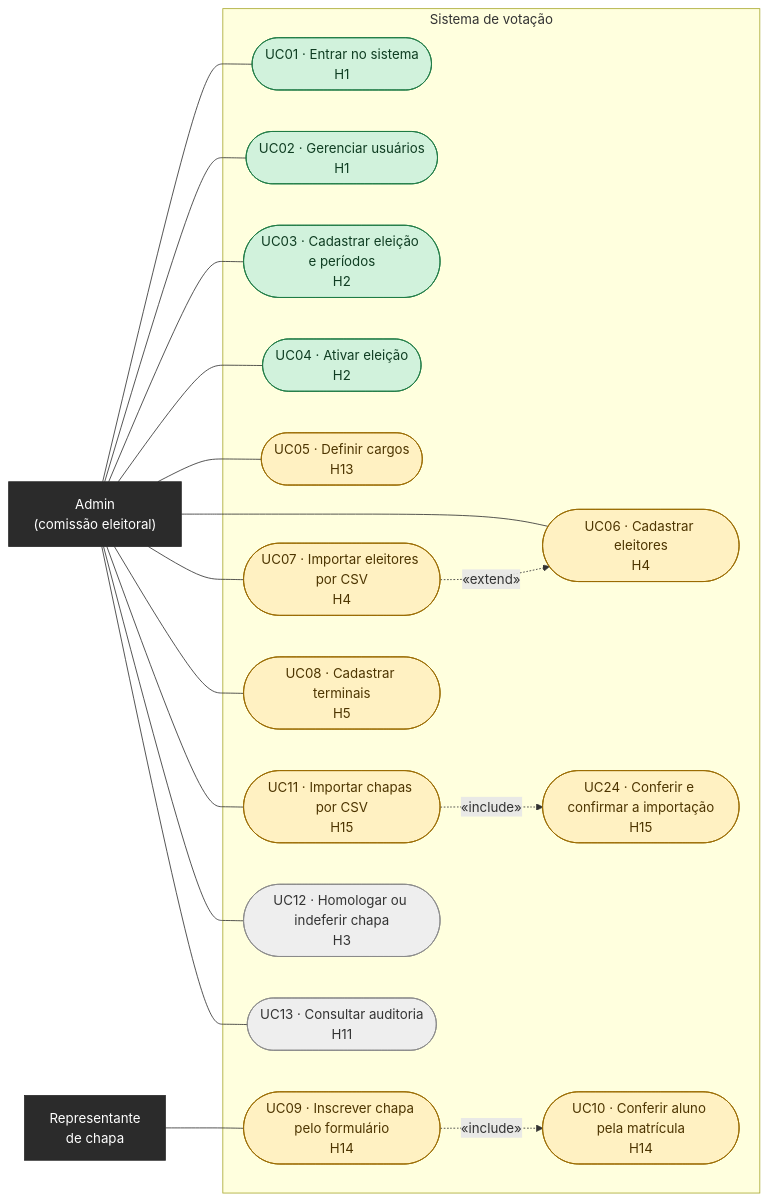
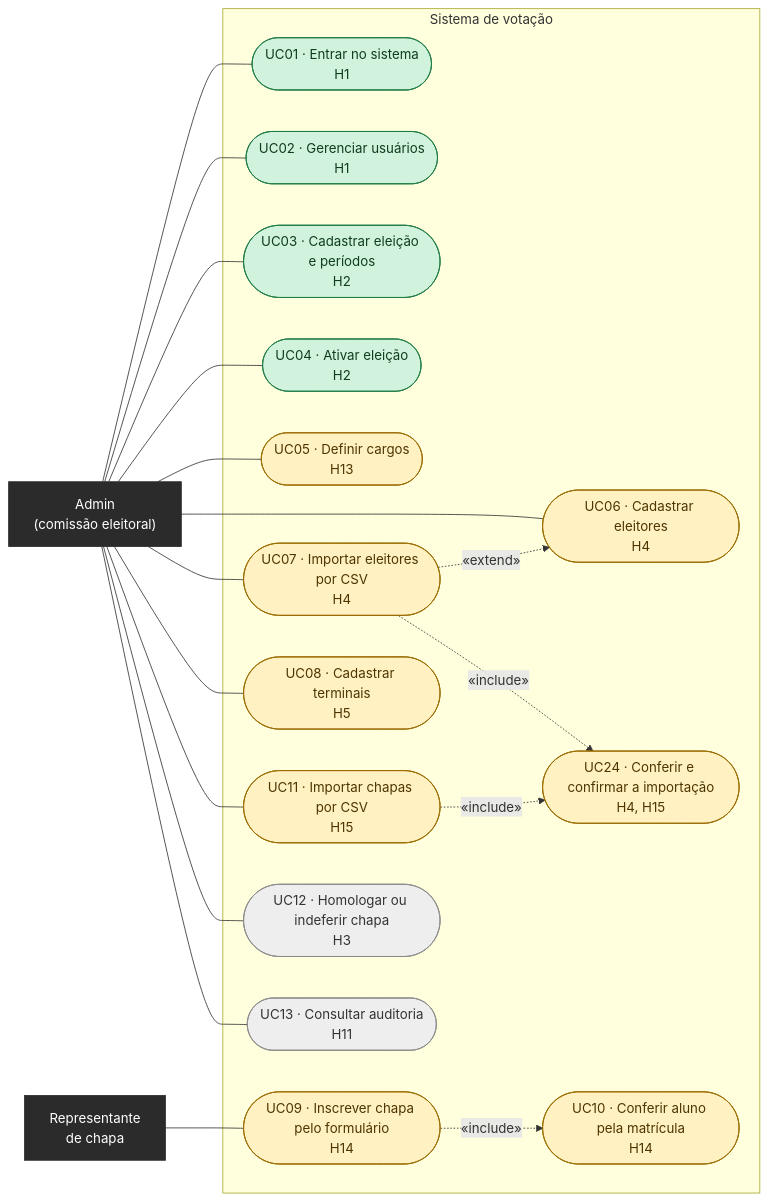
One commit to prof-ronildo-unicatolica/votacao-digitech changed the second of 9 diagrams in docs/DIAGRAMAS.md. Above: the diagram before and after it, drawn with Mermaid. The commit also changed other lines of this file and 28 other files, not shown here.

````diff
--- a/docs/DIAGRAMAS.md
+++ b/docs/DIAGRAMAS.md
@@ -29,47 +29,48 @@
 ```mermaid
 flowchart LR
     ADM["Admin<br/>(comissão eleitoral)"]:::ator
     REP["Representante<br/>de chapa"]:::ator
 
     subgraph SIS["Sistema de votação"]
         UC01(["UC01 · Entrar no sistema<br/>H1"])
         UC02(["UC02 · Gerenciar usuários<br/>H1"])
         UC03(["UC03 · Cadastrar eleição e períodos<br/>H2"])
         UC04(["UC04 · Ativar eleição<br/>H2"])
         UC05(["UC05 · Definir cargos<br/>H13"])
         UC06(["UC06 · Cadastrar eleitores<br/>H4"])
         UC07(["UC07 · Importar eleitores por CSV<br/>H4"])
         UC08(["UC08 · Cadastrar terminais<br/>H5"])
         UC09(["UC09 · Inscrever chapa pelo formulário<br/>H14"])
         UC10(["UC10 · Conferir aluno pela matrícula<br/>H14"])
         UC11(["UC11 · Importar chapas por CSV<br/>H15"])
-        UC24(["UC24 · Conferir e confirmar a importação<br/>H15"])
+        UC24(["UC24 · Conferir e confirmar a importação<br/>H4, H15"])
         UC12(["UC12 · Homologar ou indeferir chapa<br/>H3"])
         UC13(["UC13 · Consultar auditoria<br/>H11"])
     end
 
     ADM --- UC01
     ADM --- UC02
     ADM --- UC03
     ADM --- UC04
     ADM --- UC05
     ADM --- UC06
     ADM --- UC07
     ADM --- UC08
     ADM --- UC11
     ADM --- UC12
     ADM --- UC13
     REP --- UC09
 
     UC07 -. "«extend»" .-> UC06
     UC09 -. "«include»" .-> UC10
     UC11 -. "«include»" .-> UC24
+    UC07 -. "«include»" .-> UC24
 
     class UC01,UC02,UC03,UC04 feito
     class UC05,UC06,UC07,UC08,UC09,UC10,UC11,UC24 revisao
     class UC12,UC13 afazer
     classDef ator fill:#2b2b2b,stroke:#2b2b2b,color:#ffffff
     classDef feito fill:#d1f2dc,stroke:#1e7a44,color:#0f3d22
     classDef revisao fill:#fff1c2,stroke:#9a6b00,color:#4d3500
     classDef afazer fill:#eeeeee,stroke:#8a8a8a,color:#333333
 ```
````
